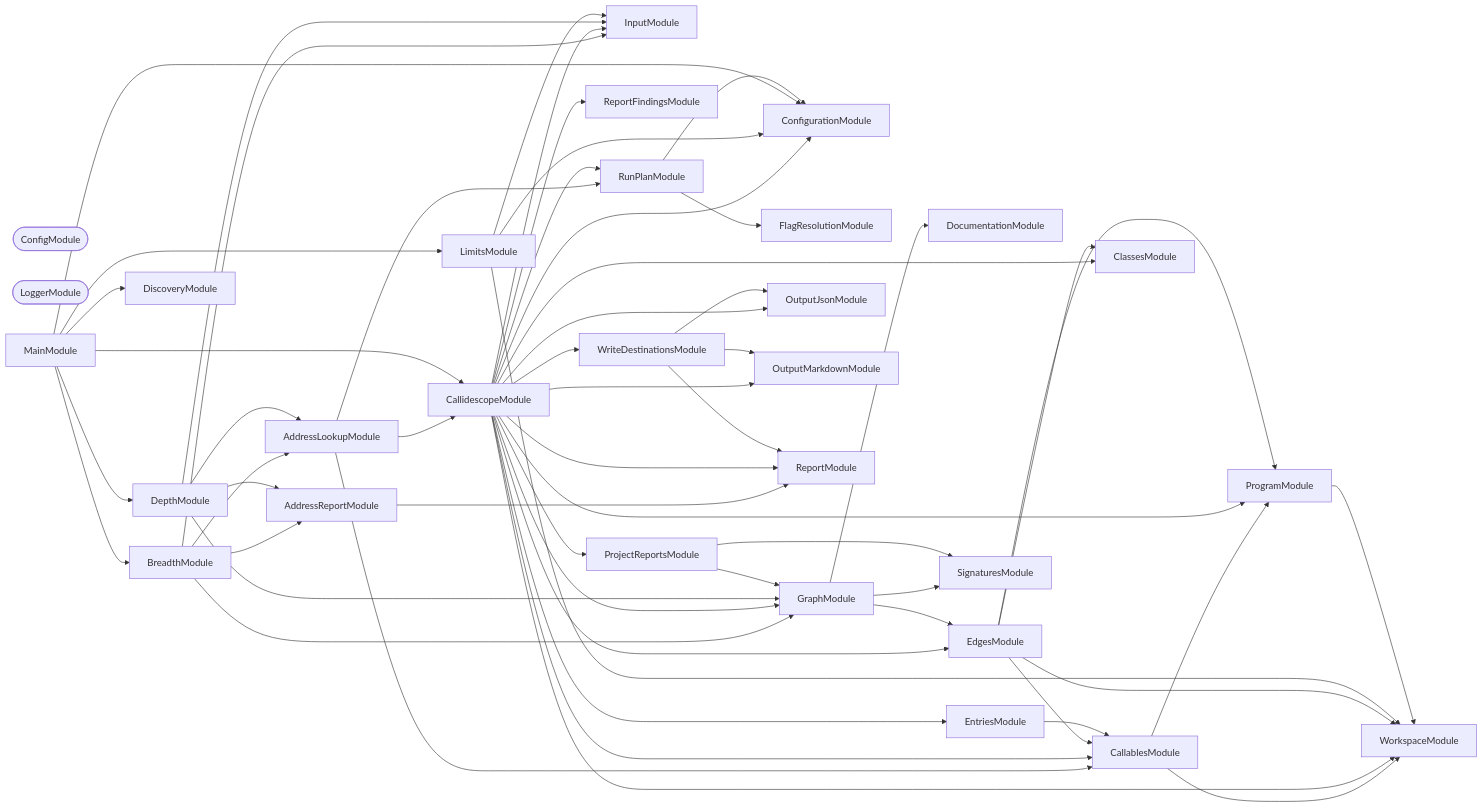
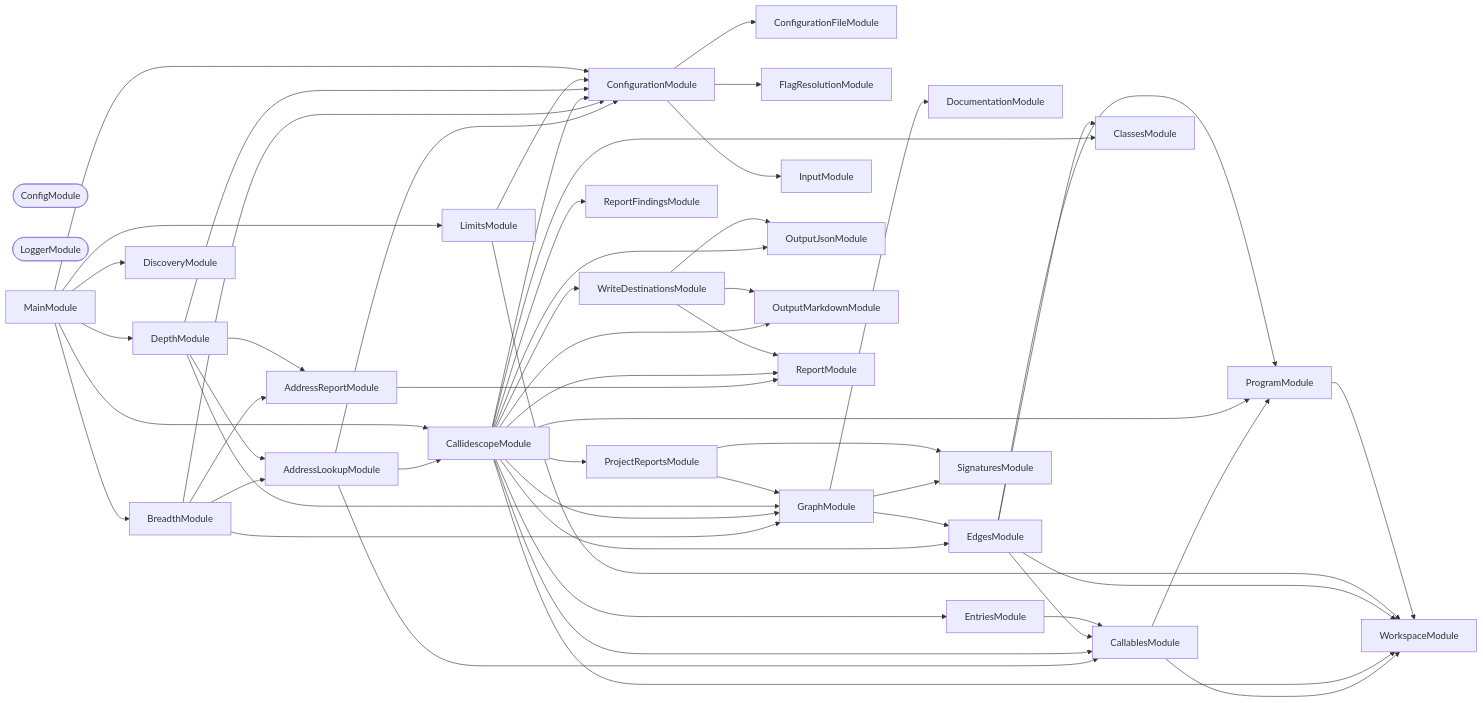
Before and after one commit to JimmyPaolini/codebase: the second of 3 diagrams in packages/ic-suite/callidescope/callidescope-cli/README.md, drawn with Mermaid. The commit also changed other lines of this file and 165 other files, not shown here.

First line of the commit message:
refactor(callidescope,configuration,dependencies): ♻️ put callidescope on the five-layer spine (#917)

```diff
--- a/packages/ic-suite/callidescope/callidescope-cli/README.md
+++ b/packages/ic-suite/callidescope/callidescope-cli/README.md
@@ -1274,6 +1276,7 @@
   CallidescopeModule
   ClassesModule
   ConfigModule([ConfigModule])
+  ConfigurationFileModule
   ConfigurationModule
   DepthModule
   DiscoveryModule
@@ -1292,18 +1295,17 @@
   ProjectReportsModule
   ReportFindingsModule
   ReportModule
-  RunPlanModule
   SignaturesModule
   WorkspaceModule
   WriteDestinationsModule
   AddressLookupModule --> CallablesModule
   AddressLookupModule --> CallidescopeModule
-  AddressLookupModule --> RunPlanModule
+  AddressLookupModule --> ConfigurationModule
   AddressReportModule --> ReportModule
   BreadthModule --> AddressLookupModule
   BreadthModule --> AddressReportModule
+  BreadthModule --> ConfigurationModule
   BreadthModule --> GraphModule
-  BreadthModule --> InputModule
   CallablesModule --> ProgramModule
   CallablesModule --> WorkspaceModule
   CallidescopeModule --> CallablesModule
@@ -1312,20 +1314,21 @@
   CallidescopeModule --> EdgesModule
   CallidescopeModule --> EntriesModule
   CallidescopeModule --> GraphModule
-  CallidescopeModule --> InputModule
   CallidescopeModule --> OutputJsonModule
   CallidescopeModule --> OutputMarkdownModule
   CallidescopeModule --> ProgramModule
   CallidescopeModule --> ProjectReportsModule
   CallidescopeModule --> ReportFindingsModule
   CallidescopeModule --> ReportModule
-  CallidescopeModule --> RunPlanModule
   CallidescopeModule --> WorkspaceModule
   CallidescopeModule --> WriteDestinationsModule
+  ConfigurationModule --> ConfigurationFileModule
+  ConfigurationModule --> FlagResolutionModule
+  ConfigurationModule --> InputModule
   DepthModule --> AddressLookupModule
   DepthModule --> AddressReportModule
+  DepthModule --> ConfigurationModule
   DepthModule --> GraphModule
-  DepthModule --> InputModule
   EdgesModule --> CallablesModule
   EdgesModule --> ClassesModule
   EdgesModule --> ProgramModule
@@ -1335,7 +1338,6 @@
   GraphModule --> EdgesModule
   GraphModule --> SignaturesModule
   LimitsModule --> ConfigurationModule
-  LimitsModule --> InputModule
   LimitsModule --> WorkspaceModule
   MainModule --> BreadthModule
   MainModule --> CallidescopeModule
@@ -1346,8 +1348,6 @@
   ProgramModule --> WorkspaceModule
   ProjectReportsModule --> GraphModule
   ProjectReportsModule --> SignaturesModule
-  RunPlanModule --> ConfigurationModule
-  RunPlanModule --> FlagResolutionModule
   WriteDestinationsModule --> OutputJsonModule
   WriteDestinationsModule --> OutputMarkdownModule
   WriteDestinationsModule --> ReportModule
```
